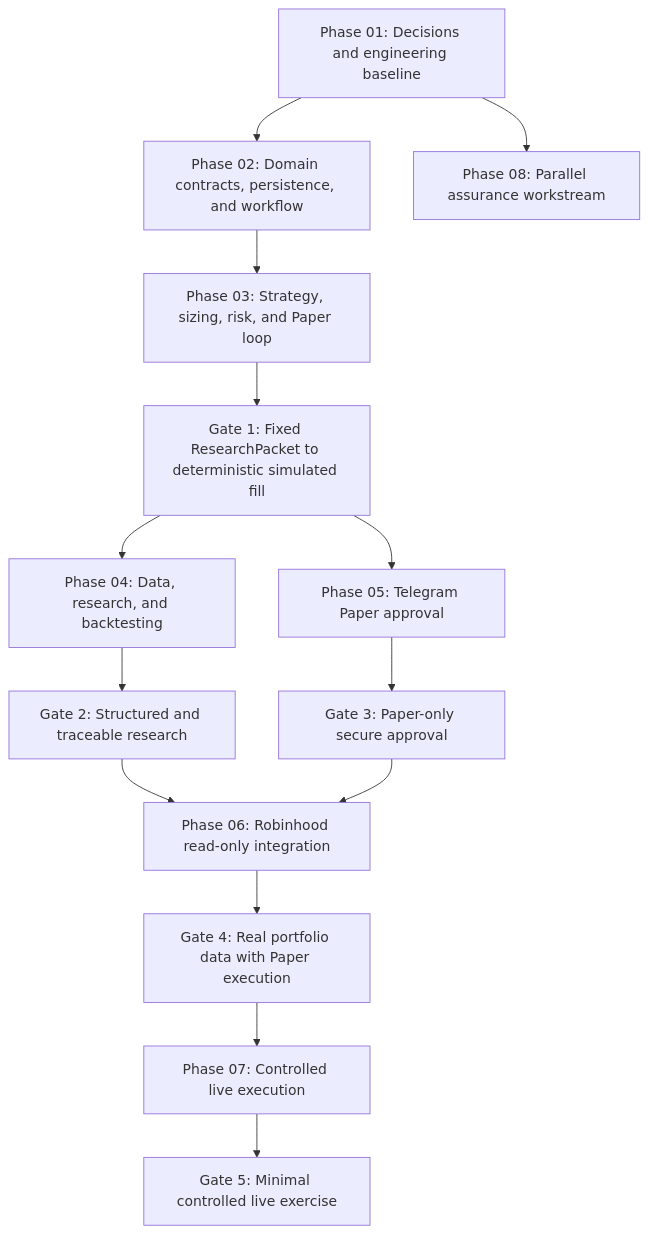
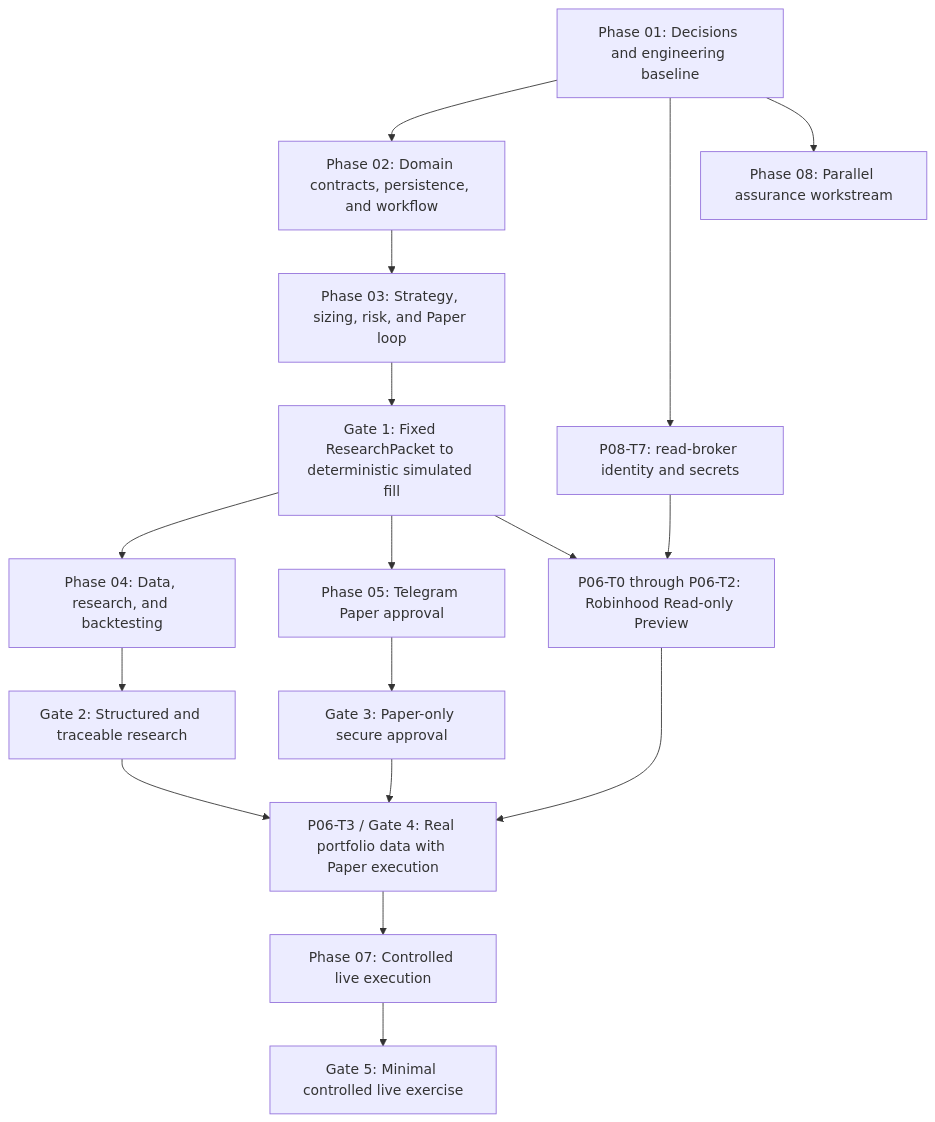
Before and after one commit to likefudan/ainvest: the diagram in IMPLEMENTATION_TODO.md, drawn with Mermaid. The commit also changed other lines of this file and 1 other file, not shown here.

Commit message:
docs: prioritize Robinhood read-only preview (#80)

````diff
--- a/IMPLEMENTATION_TODO.md
+++ b/IMPLEMENTATION_TODO.md
@@ -160,16 +160,19 @@
 ```mermaid
 flowchart TD
     P01["Phase 01: Decisions and engineering baseline"] --> P02["Phase 02: Domain contracts, persistence, and workflow"]
     P02 --> P03["Phase 03: Strategy, sizing, risk, and Paper loop"]
     P03 --> G1["Gate 1: Fixed ResearchPacket to deterministic simulated fill"]
     G1 --> P04["Phase 04: Data, research, and backtesting"]
     G1 --> P05["Phase 05: Telegram Paper approval"]
     P04 --> G2["Gate 2: Structured and traceable research"]
     P05 --> G3["Gate 3: Paper-only secure approval"]
-    G2 --> P06["Phase 06: Robinhood read-only integration"]
-    G3 --> P06
-    P06 --> G4["Gate 4: Real portfolio data with Paper execution"]
+    P01 --> S08["P08-T7: read-broker identity and secrets"]
+    G1 --> P06["P06-T0 through P06-T2: Robinhood Read-only Preview"]
+    S08 --> P06
+    P06 --> G4["P06-T3 / Gate 4: Real portfolio data with Paper execution"]
+    G2 --> G4
+    G3 --> G4
     G4 --> P07["Phase 07: Controlled live execution"]
     P07 --> G5["Gate 5: Minimal controlled live exercise"]
     P01 --> P08["Phase 08: Parallel assurance workstream"]
 ```
````
